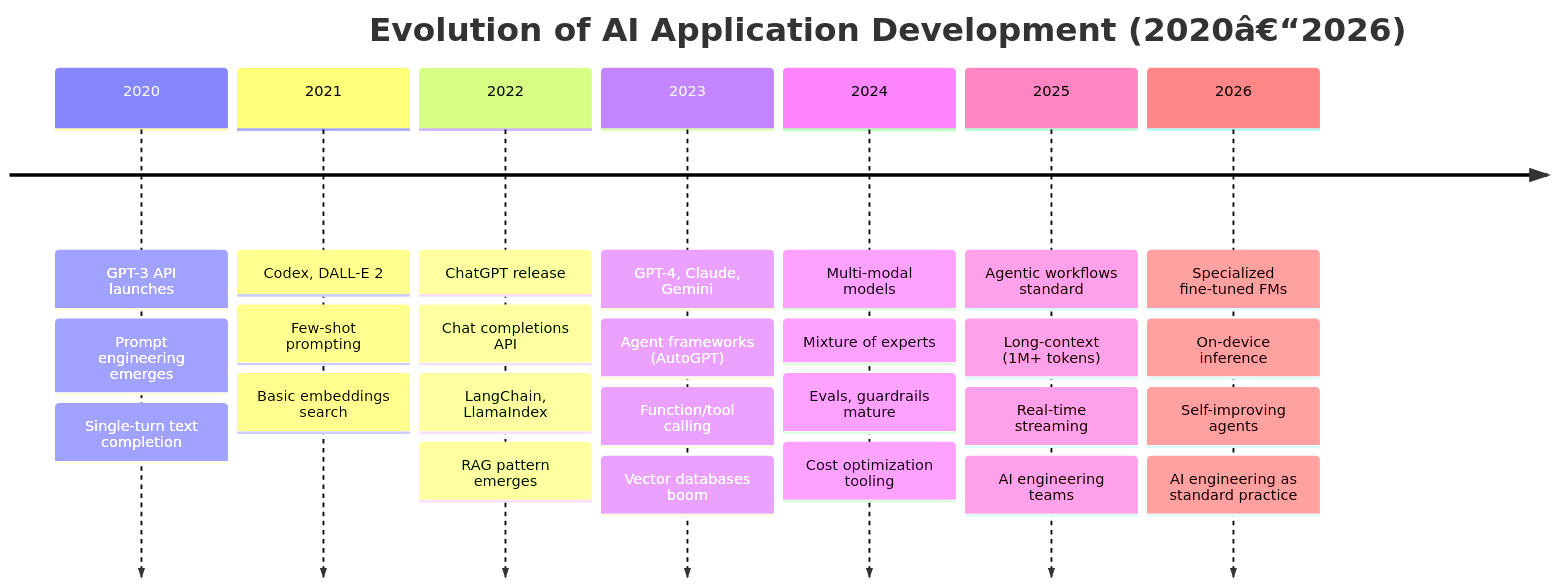
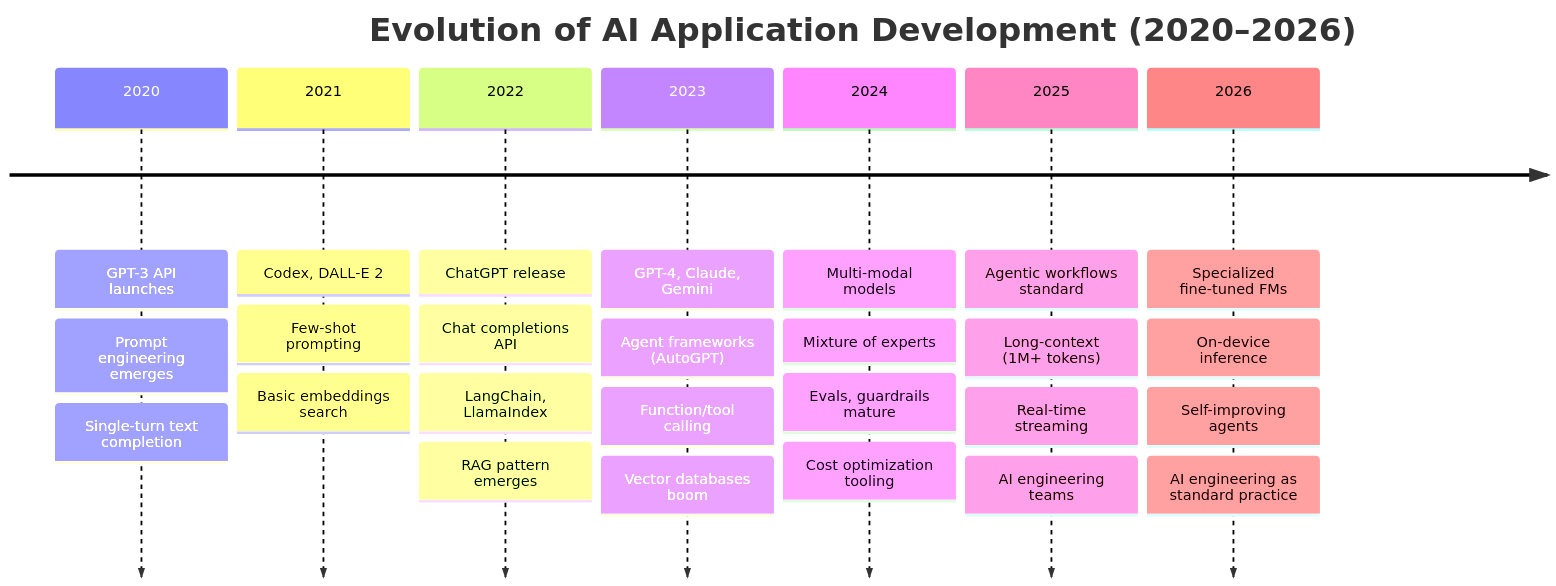
The first of 5 diagrams in docs/courses/modern-ai-engineering/01-introduction-to-ai-engineering.md (Raushan666java/ai-engineering-journey), drawn with Mermaid before and after one commit. The commit also changed other lines of this file and 965 other files, not shown here.

````diff
--- a/docs/courses/modern-ai-engineering/01-introduction-to-ai-engineering.md
+++ b/docs/courses/modern-ai-engineering/01-introduction-to-ai-engineering.md
@@ -56,30 +56,30 @@
 ```mermaid
 timeline
-    title Evolution of AI Application Development (2020â€“2026)
+    title Evolution of AI Application Development (2020–2026)
     2020 : GPT-3 API launches
           : Prompt engineering emerges
           : Single-turn text completion
     2021 : Codex, DALL-E 2
           : Few-shot prompting
           : Basic embeddings search
     2022 : ChatGPT release
           : Chat completions API
           : LangChain, LlamaIndex
           : RAG pattern emerges
     2023 : GPT-4, Claude, Gemini
           : Agent frameworks (AutoGPT)
           : Function/tool calling
           : Vector databases boom
     2024 : Multi-modal models
           : Mixture of experts
           : Evals, guardrails mature
           : Cost optimization tooling
     2025 : Agentic workflows standard
           : Long-context (1M+ tokens)
           : Real-time streaming
           : AI engineering teams
     2026 : Specialized fine-tuned FMs
           : On-device inference
           : Self-improving agents
           : AI engineering as standard practice
 ```
````
